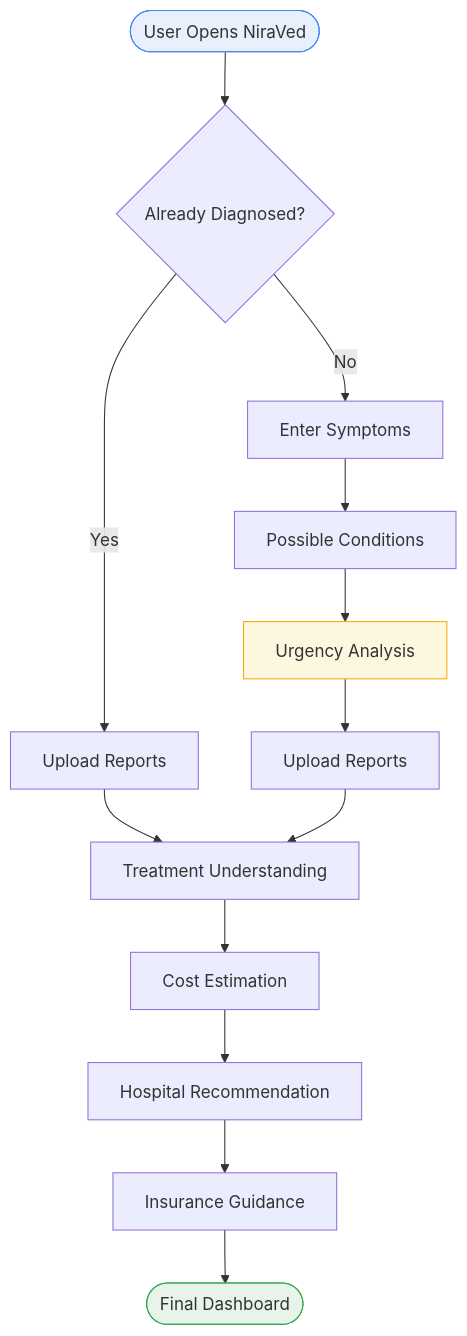
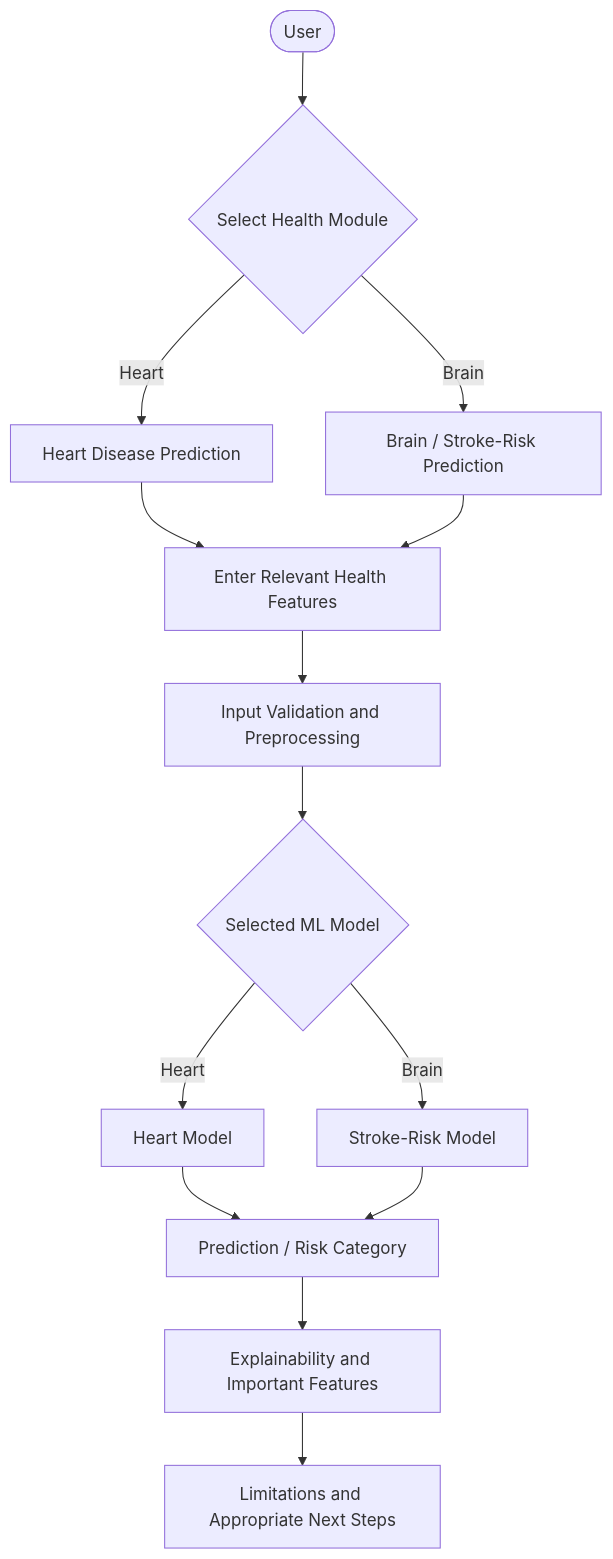
Before and after one commit to Shrutii-Dixit/NiraVed-AI-Healthcare-Platform: the first of 4 diagrams in README.md, drawn with Mermaid. The commit also changed other lines of this file, not shown here.

Commit message:
Refine NiraVed project scope

````diff
--- a/README.md
+++ b/README.md
@@ -132,19 +133,16 @@
 ```mermaid
 flowchart TD
-	A([User Opens NiraVed]) --> B{Already Diagnosed?}
-	B -- Yes --> C[Upload Reports]
-	B -- No --> D[Enter Symptoms]
-	D --> E[Possible Conditions]
-	E --> F[Urgency Analysis]
-	F --> G[Upload Reports]
-	C --> H[Treatment Understanding]
-	G --> H
-	H --> I[Cost Estimation]
-	I --> J[Hospital Recommendation]
-	J --> K[Insurance Guidance]
-	K --> L([Final Dashboard])
-
-	style A fill:#e8f0fe,stroke:#4285f4
-	style L fill:#e6f4ea,stroke:#34a853
-	style F fill:#fef7e0,stroke:#f9ab00
+    A([User]) --> B{Select Health Module}
+    B -->|Heart| C1[Heart Disease Prediction]
+    B -->|Brain| C2[Brain / Stroke-Risk Prediction]
+    C1 --> D[Enter Relevant Health Features]
+    C2 --> D
+    D --> E[Input Validation and Preprocessing]
+    E --> F{Selected ML Model}
+    F -->|Heart| G1[Heart Model]
+    F -->|Brain| G2[Stroke-Risk Model]
+    G1 --> H[Prediction / Risk Category]
+    G2 --> H
+    H --> I[Explainability and Important Features]
+    I --> J[Limitations and Appropriate Next Steps]
 ```
````
